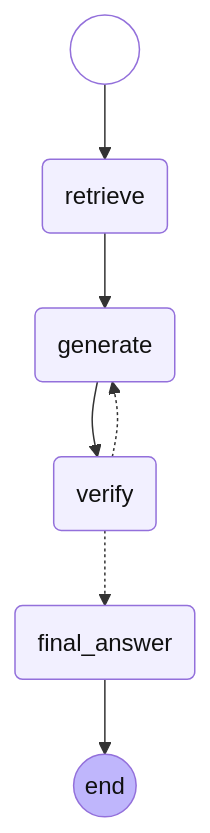
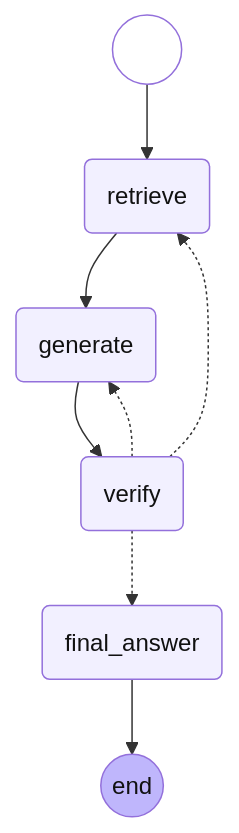
The diagram in 08/README.md (100-hours-a-week/KTB4-jimmy-AI), drawn with Mermaid before and after one commit. The commit also changed other lines of this file and 2 other files, not shown here.

````diff
--- a/08/README.md
+++ b/08/README.md
@@ -4,18 +4,19 @@
 ```mermaid
 graph TD
     S((start)):::first
     retrieve(retrieve)
     generate(generate)
     verify(verify)
     final_answer(final_answer)
     E((end)):::last
     S --> retrieve
     retrieve --> generate
     generate --> verify
     verify -.-> final_answer
     verify -.-> generate
+    verify -.-> retrieve
     final_answer --> E
     classDef default fill:#f2f0ff,color:#111,line-height:1.2
     classDef first fill-opacity:0,color:#fff
     classDef last fill:#bfb6fc,color:#111
 ```
````
